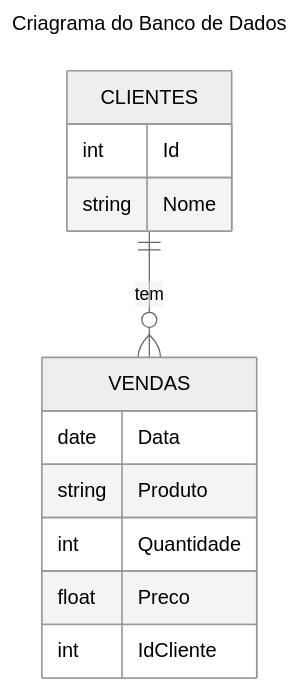
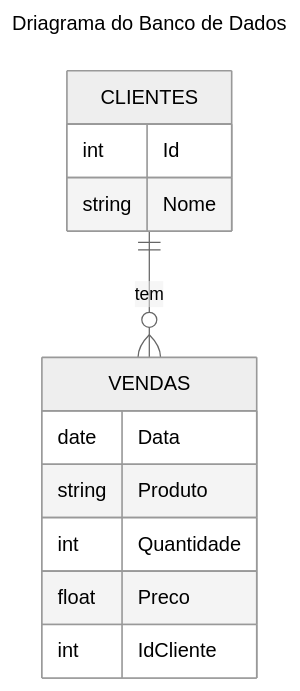
The diagram in README.md (wellicfaria/egd_ex01), drawn with Mermaid (neutral theme) before and after one commit. The commit also changed other lines of this file, not shown here.

````diff
--- a/README.md
+++ b/README.md
@@ -110,19 +110,19 @@
 ```mermaid
 ---
-title: Criagrama do Banco de Dados
+title: Driagrama do Banco de Dados
 ---
 erDiagram
     CLIENTES ||--o{ VENDAS : tem
     CLIENTES {
         int Id
         string Nome
     }
     VENDAS {
         date Data
         string Produto
         int Quantidade
         float Preco
         int IdCliente
     }
 
 ```
````
